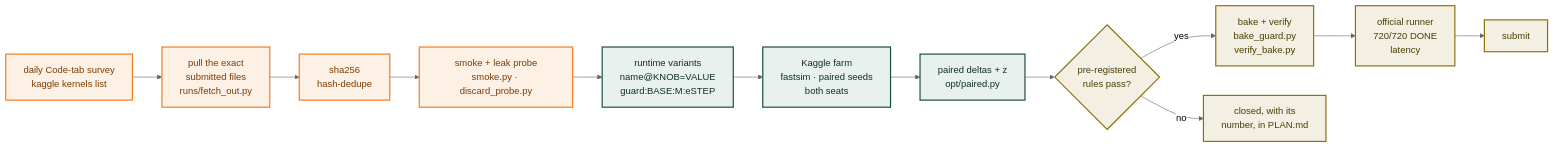
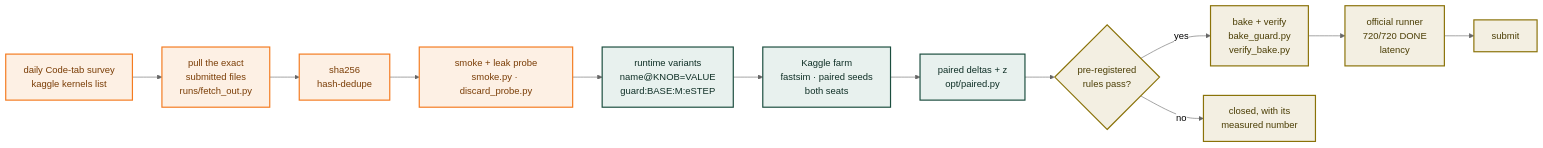
The eighth of 8 diagrams in README.md (farhanishraq17/IUT_BakeNekos-Kaggriculture-Bronze-Solution), drawn with Mermaid (neutral theme) before and after one commit. The commit also changed other lines of this file and 6 other files, not shown here.

````diff
--- a/README.md
+++ b/README.md
@@ -402,21 +401,21 @@
 ```mermaid
 flowchart LR
     S["daily Code-tab survey<br/>kaggle kernels list"] --> F["pull the exact<br/>submitted files<br/>runs/fetch_out.py"]
     F --> H["sha256<br/>hash-dedupe"]
     H --> SM["smoke + leak probe<br/>smoke.py · discard_probe.py"]
     SM --> V["runtime variants<br/>name@KNOB=VALUE<br/>guard:BASE:M:eSTEP"]
     V --> FARM["Kaggle farm<br/>fastsim · paired seeds<br/>both seats"]
     FARM --> P["paired deltas + z<br/>opt/paired.py"]
     P --> R{"pre-registered<br/>rules pass?"}
     R -->|"yes"| B["bake + verify<br/>bake_guard.py<br/>verify_bake.py"]
     B --> VAL["official runner<br/>720/720 DONE<br/>latency"]
     VAL --> SUB["submit"]
-    R -->|"no"| CL["closed, with its<br/>number, in PLAN.md"]
+    R -->|"no"| CL["closed, with its<br/>measured number"]
 
     classDef io fill:#FDF0E4,stroke:#F47B20,stroke-width:2px,color:#7A3D06
     classDef core fill:#E8F1EE,stroke:#1B4D3E,stroke-width:2px,color:#0F2F26
     classDef gate fill:#F3EFE2,stroke:#8A7208,stroke-width:2px,color:#4A3D04
     class S,F,H,SM io
     class V,FARM,P core
     class R,B,VAL,SUB,CL gate
 ```
````
